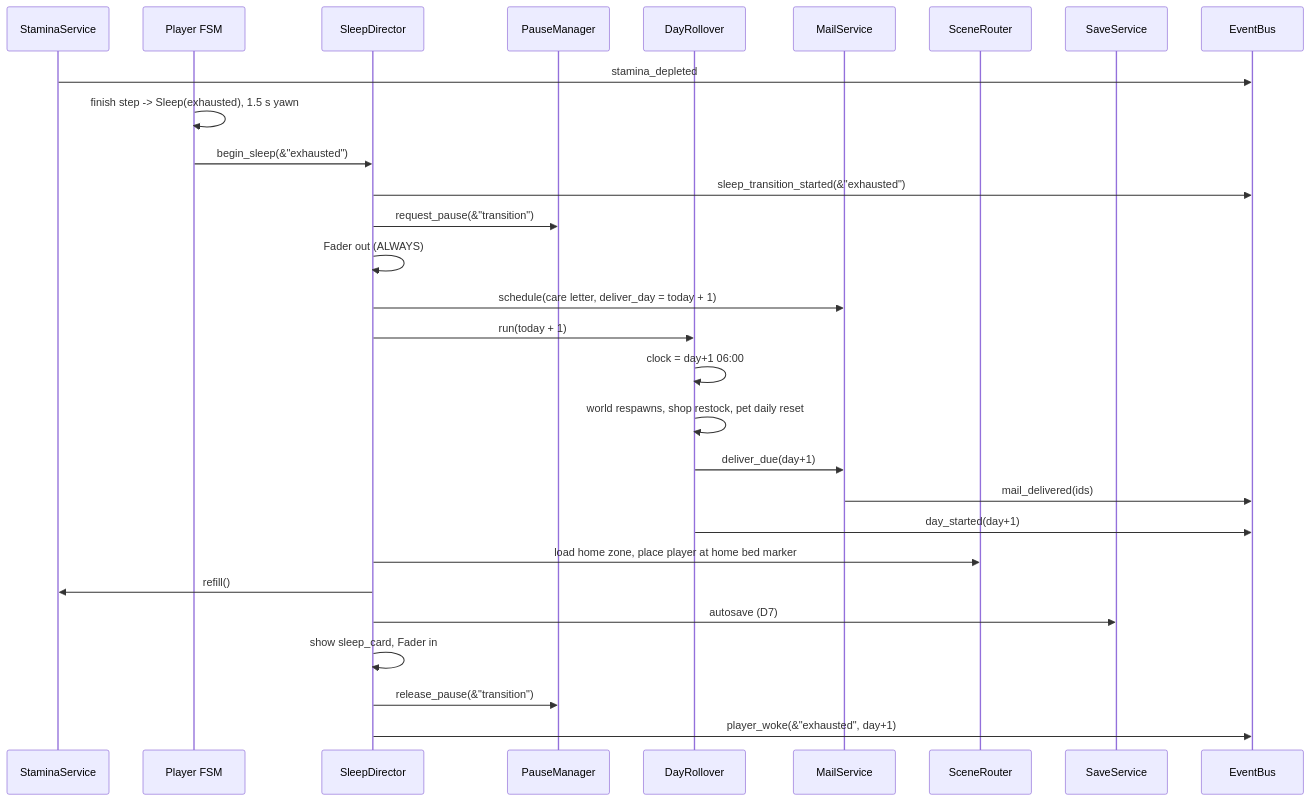
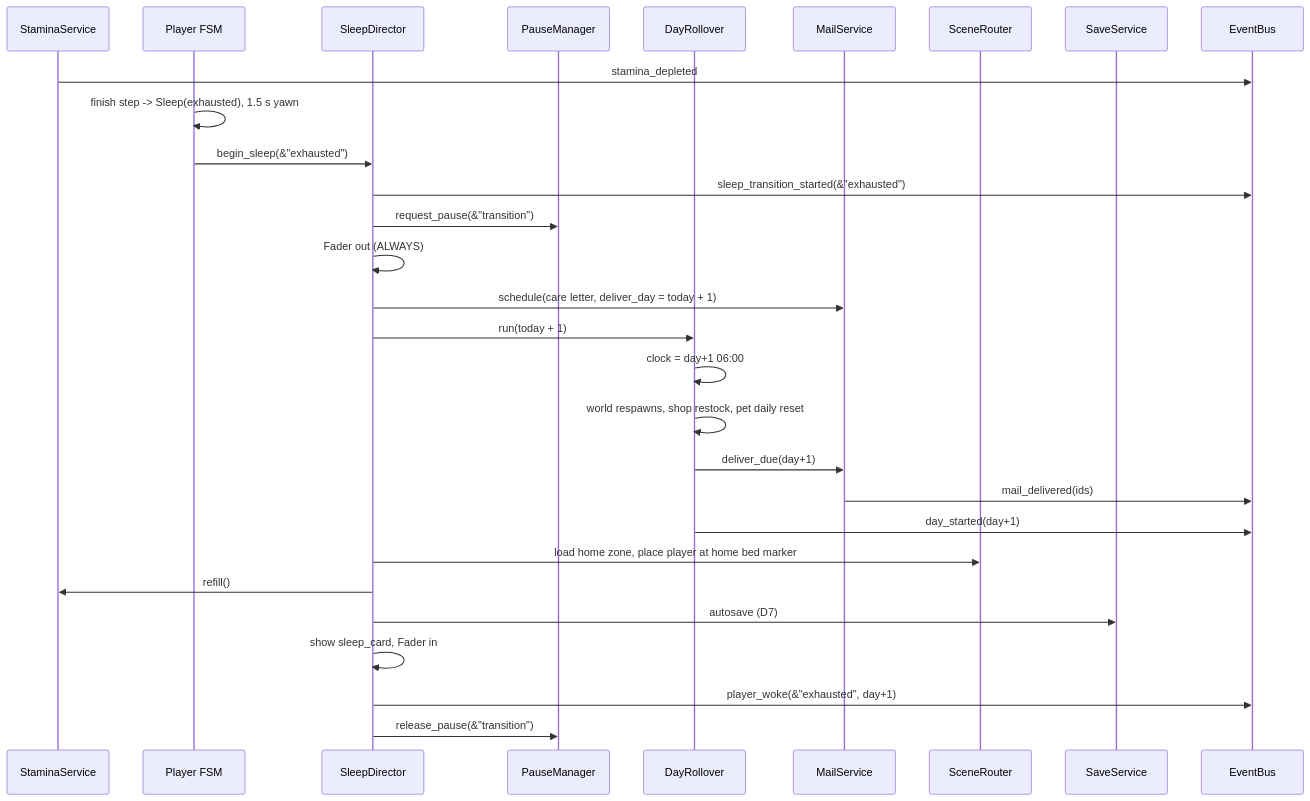
The seventh of 7 diagrams in _docs/specs/spec1.md (obamacka/gamesimpler), drawn with Mermaid before and after one commit. The commit also changed other lines of this file and 2 other files, not shown here.

````diff
--- a/_docs/specs/spec1.md
+++ b/_docs/specs/spec1.md
@@ -1237,31 +1237,31 @@
 ```mermaid
 sequenceDiagram
     participant SS as StaminaService
     participant FSM as Player FSM
     participant SD as SleepDirector
     participant PM as PauseManager
     participant DR as DayRollover
     participant MS as MailService
     participant SR as SceneRouter
     participant SV as SaveService
     participant EB as EventBus
     SS->>EB: stamina_depleted
     FSM->>FSM: finish step -> Sleep(exhausted), 1.5 s yawn
     FSM->>SD: begin_sleep(&"exhausted")
     SD->>EB: sleep_transition_started(&"exhausted")
     SD->>PM: request_pause(&"transition")
     SD->>SD: Fader out (ALWAYS)
     SD->>MS: schedule(care letter, deliver_day = today + 1)
     SD->>DR: run(today + 1)
     DR->>DR: clock = day+1 06:00
     DR->>DR: world respawns, shop restock, pet daily reset
     DR->>MS: deliver_due(day+1)
     MS->>EB: mail_delivered(ids)
     DR->>EB: day_started(day+1)
     SD->>SR: load home zone, place player at home bed marker
     SD->>SS: refill()
     SD->>SV: autosave (D7)
     SD->>SD: show sleep_card, Fader in
+    SD->>EB: player_woke(&"exhausted", day+1)
     SD->>PM: release_pause(&"transition")
-    SD->>EB: player_woke(&"exhausted", day+1)
 ```
````
